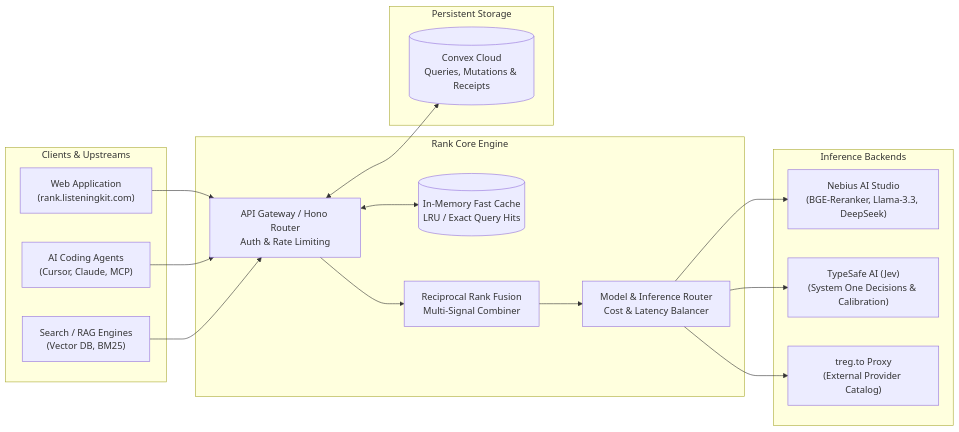
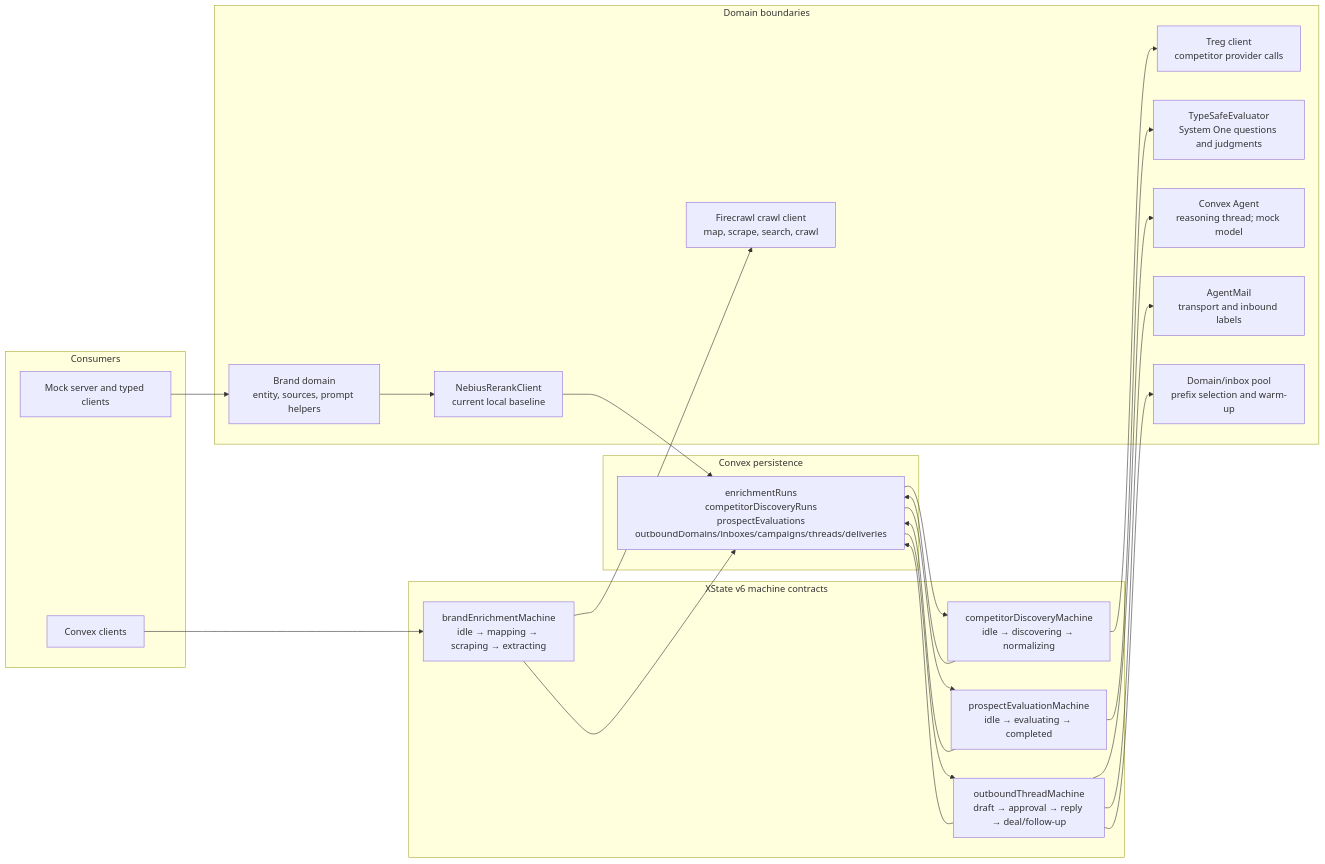
The diagram in docs/diagrams/system-overview.mmd (matthewdonsemail-lab/rank), drawn with Mermaid before and after one commit. The commit also changed 112 other files, not shown here.

Commit message:
feat: add stateful outbound and contact resolution workflows

```diff
--- a/docs/diagrams/system-overview.mmd
+++ b/docs/diagrams/system-overview.mmd
@@ -1,32 +1,45 @@
 flowchart LR
-  subgraph clients["Clients & Upstreams"]
-    APP["Web Application<br/>(rank.listeningkit.com)"]
-    AGENT["AI Coding Agents<br/>(Cursor, Claude, MCP)"]
-    SEARCH["Search / RAG Engines<br/>(Vector DB, BM25)"]
+  subgraph consumers["Consumers"]
+    CLIENT["Convex clients"]
+    MOCK["Mock server and typed clients"]
   end
 
-  subgraph rank["Rank Core Engine"]
-    GATEWAY["API Gateway / Hono Router<br/>Auth & Rate Limiting"]
-    CACHE[("In-Memory Fast Cache<br/>LRU / Exact Query Hits")]
-    FUSION["Reciprocal Rank Fusion<br/>Multi-Signal Combiner"]
-    ROUTER["Model & Inference Router<br/>Cost & Latency Balancer"]
+  subgraph workflows["XState v6 machine contracts"]
+    ENRICH["brandEnrichmentMachine<br/>idle → mapping → scraping → extracting"]
+    DISCOVER["competitorDiscoveryMachine<br/>idle → discovering → normalizing"]
+    EVALUATE["prospectEvaluationMachine<br/>idle → evaluating → completed"]
+    OUTBOUND["outboundThreadMachine<br/>draft → approval → reply → deal/follow-up"]
   end
 
-  subgraph backends["Inference Backends"]
-    NEBIUS["Nebius AI Studio<br/>(BGE-Reranker, Llama-3.3, DeepSeek)"]
-    TYPESAFE["TypeSafe AI (Jev)<br/>(System One Decisions & Calibration)"]
-    TREG["treg.to Proxy<br/>(External Provider Catalog)"]
+  subgraph boundaries["Domain boundaries"]
+    BRAND["Brand domain<br/>entity, sources, prompt helpers"]
+    FIRE["Firecrawl crawl client<br/>map, scrape, search, crawl"]
+    TREG["Treg client<br/>competitor provider calls"]
+    TYPESAFE["TypeSafeEvaluator<br/>System One questions and judgments"]
+    AGENT["Convex Agent<br/>reasoning thread; mock model"]
+    MAIL["AgentMail<br/>transport and inbound labels"]
+    POOL["Domain/inbox pool<br/>prefix selection and warm-up"]
+    RERANK["NebiusRerankClient<br/>current local baseline"]
   end
 
-  subgraph storage["Persistent Storage"]
-    CX[("Convex Cloud<br/>Queries, Mutations & Receipts")]
+  subgraph storage["Convex persistence"]
+    TABLES["enrichmentRuns<br/>competitorDiscoveryRuns<br/>prospectEvaluations<br/>outboundDomains/inboxes/campaigns/threads/deliveries"]
   end
 
-  APP & AGENT & SEARCH --> GATEWAY
-  GATEWAY <--> CACHE
-  GATEWAY --> FUSION
-  FUSION --> ROUTER
-  ROUTER --> NEBIUS
-  ROUTER --> TYPESAFE
-  ROUTER --> TREG
-  GATEWAY <--> CX
+  CLIENT --> ENRICH
+  MOCK --> BRAND
+  ENRICH --> FIRE
+  ENRICH --> TABLES
+  TABLES --> DISCOVER
+  DISCOVER --> TREG
+  DISCOVER --> TABLES
+  TABLES --> EVALUATE
+  EVALUATE --> TYPESAFE
+  EVALUATE --> TABLES
+  TABLES --> OUTBOUND
+  OUTBOUND --> AGENT
+  OUTBOUND --> MAIL
+  OUTBOUND --> POOL
+  OUTBOUND --> TABLES
+  BRAND --> RERANK
+  RERANK --> TABLES
```
